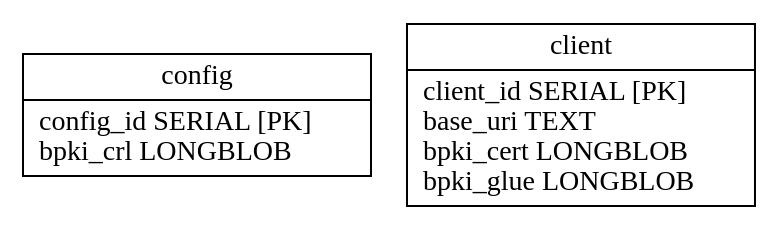
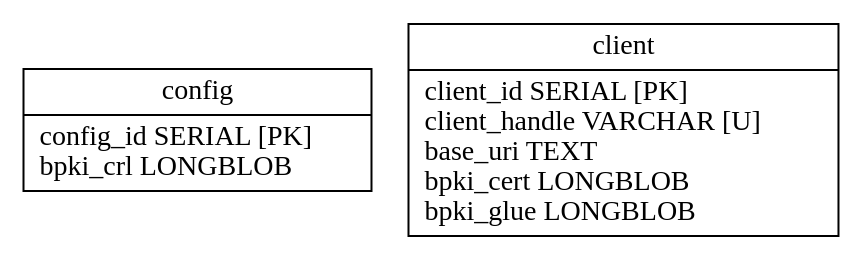
The diagram in rpkid/doc/pubd.dot (dragonresearch/rpki.net), drawn with Graphviz before and after one commit. The commit also changed 104 other files, not shown here.

```diff
--- a/rpkid/doc/pubd.dot
+++ b/rpkid/doc/pubd.dot
@@ -1,9 +1,9 @@
 // Automatically generated from pubd.sql
 
 digraph test {
 	edge [arrowtail=none, arrowhead=crow];
 	graph [ratio=fill, overlap=false, bgcolor=white];
 	node [label="\N", fillcolor=white, shape=record, style=filled];
 	config [label="{config\n|config_id\ SERIAL\ [PK]\lbpki_crl\ LONGBLOB\l}"];
-	client [label="{client\n|client_id\ SERIAL\ [PK]\lbase_uri\ TEXT\lbpki_cert\ LONGBLOB\lbpki_glue\ LONGBLOB\l}"];
+	client [label="{client\n|client_id\ SERIAL\ [PK]\lclient_handle\ VARCHAR\ [U]\lbase_uri\ TEXT\lbpki_cert\ LONGBLOB\lbpki_glue\ LONGBLOB\l}"];
 }
```
